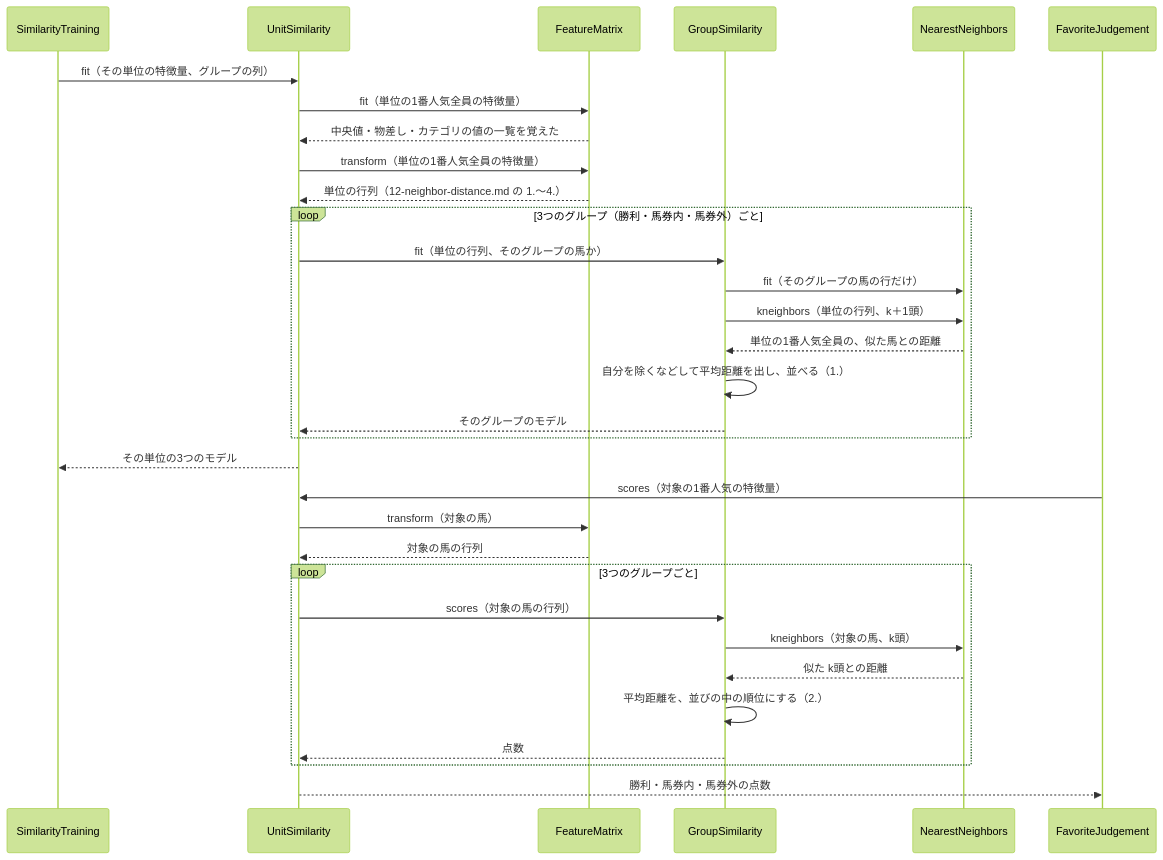
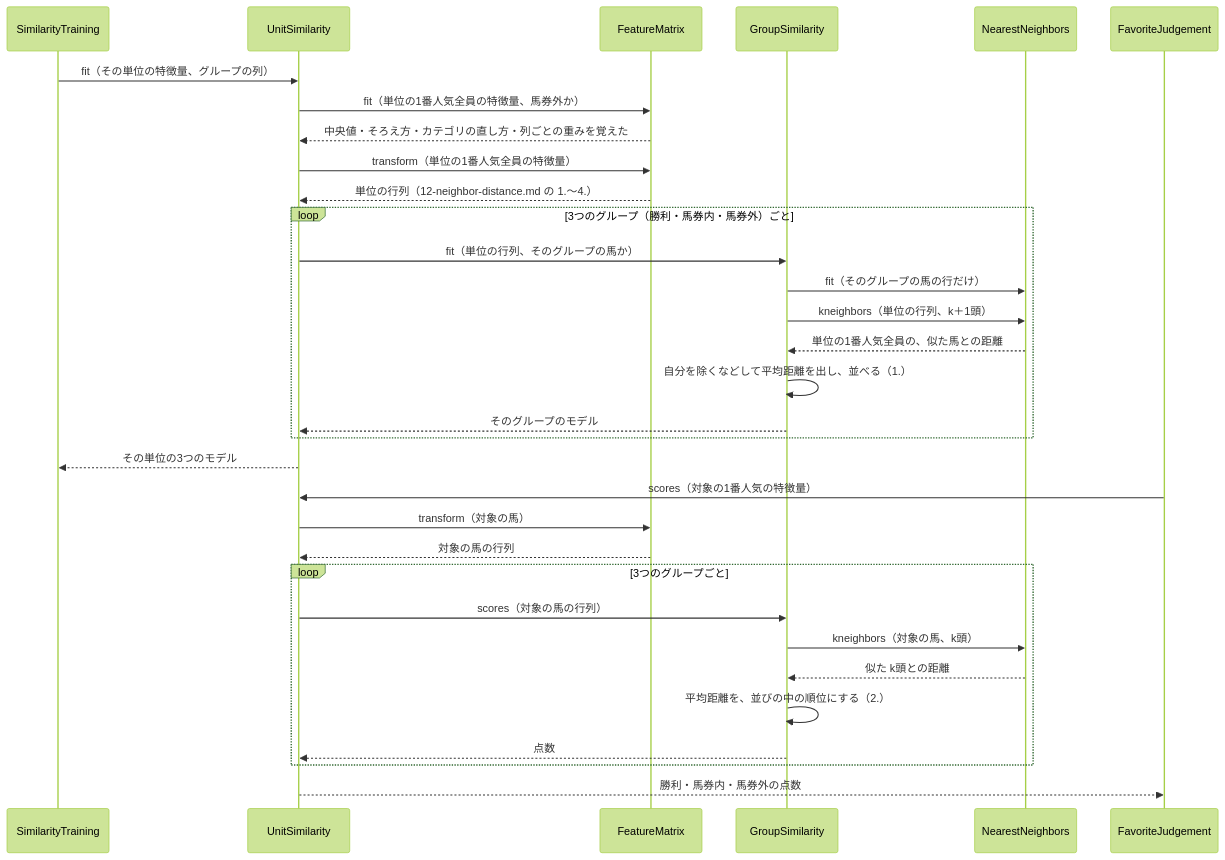
Before and after one commit to ht-0328/keiba-yosou: the diagram in docs/design/1番人気を買うか消すかを予想/13-closeness-score.md, drawn with Mermaid (forest theme). The commit also changed other lines of this file and 9 other files, not shown here.

````diff
--- a/docs/design/1番人気を買うか消すかを予想/13-closeness-score.md
+++ b/docs/design/1番人気を買うか消すかを予想/13-closeness-score.md
@@ -52,34 +52,34 @@
 ```mermaid
 sequenceDiagram
     participant T as SimilarityTraining
     participant US as UnitSimilarity
     participant FM as FeatureMatrix
     participant GS as GroupSimilarity
     participant NN as NearestNeighbors
     participant J as FavoriteJudgement
     T->>US: fit（その単位の特徴量、グループの列）
-    US->>FM: fit（単位の1番人気全員の特徴量）
-    FM-->>US: 中央値・物差し・カテゴリの値の一覧を覚えた
+    US->>FM: fit（単位の1番人気全員の特徴量、馬券外か）
+    FM-->>US: 中央値・そろえ方・カテゴリの直し方・列ごとの重みを覚えた
     US->>FM: transform（単位の1番人気全員の特徴量）
     FM-->>US: 単位の行列（12-neighbor-distance.md の 1.〜4.）
     loop 3つのグループ（勝利・馬券内・馬券外）ごと
         US->>GS: fit（単位の行列、そのグループの馬か）
         GS->>NN: fit（そのグループの馬の行だけ）
         GS->>NN: kneighbors（単位の行列、k＋1頭）
         NN-->>GS: 単位の1番人気全員の、似た馬との距離
         GS->>GS: 自分を除くなどして平均距離を出し、並べる（1.）
         GS-->>US: そのグループのモデル
     end
     US-->>T: その単位の3つのモデル
     J->>US: scores（対象の1番人気の特徴量）
     US->>FM: transform（対象の馬）
     FM-->>US: 対象の馬の行列
     loop 3つのグループごと
         US->>GS: scores（対象の馬の行列）
         GS->>NN: kneighbors（対象の馬、k頭）
         NN-->>GS: 似た k頭との距離
         GS->>GS: 平均距離を、並びの中の順位にする（2.）
         GS-->>US: 点数
     end
     US-->>J: 勝利・馬券内・馬券外の点数
 ```
````
